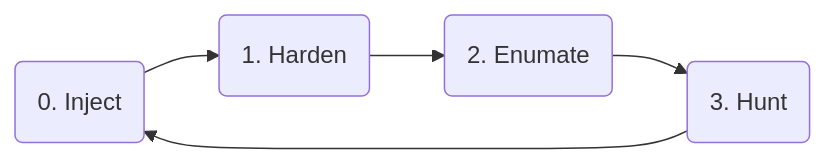
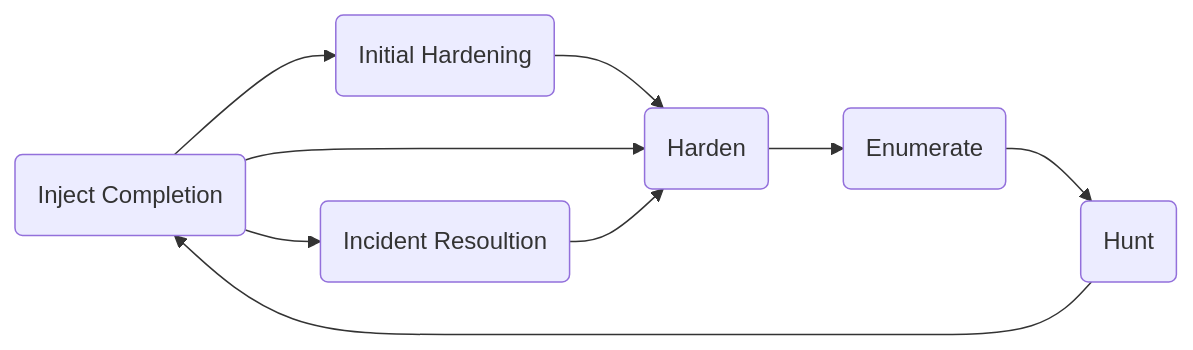
One commit to xnorkl/cyberdefenseclub changed the second of 2 diagrams in playbook.md. Above: the diagram before and after it, drawn with Mermaid. The commit also changed other lines of this file, not shown here.

````diff
--- a/playbook.md
+++ b/playbook.md
@@ -44,7 +46,11 @@
  ```mermaid
 graph LR
-A(0. Inject) --> B(1. Harden)
-B --> C(2. Enumate)
-C --> D(3. Hunt)
-D --> A
+A(Inject Completion) --> B(Initial Hardening)
+B --> C(Harden)
+C --> D(Enumerate)
+D --> E(Hunt)
+A --> C
+E --> A
+A --> F(Incident Resoultion)
+F --> C
 ```
````
